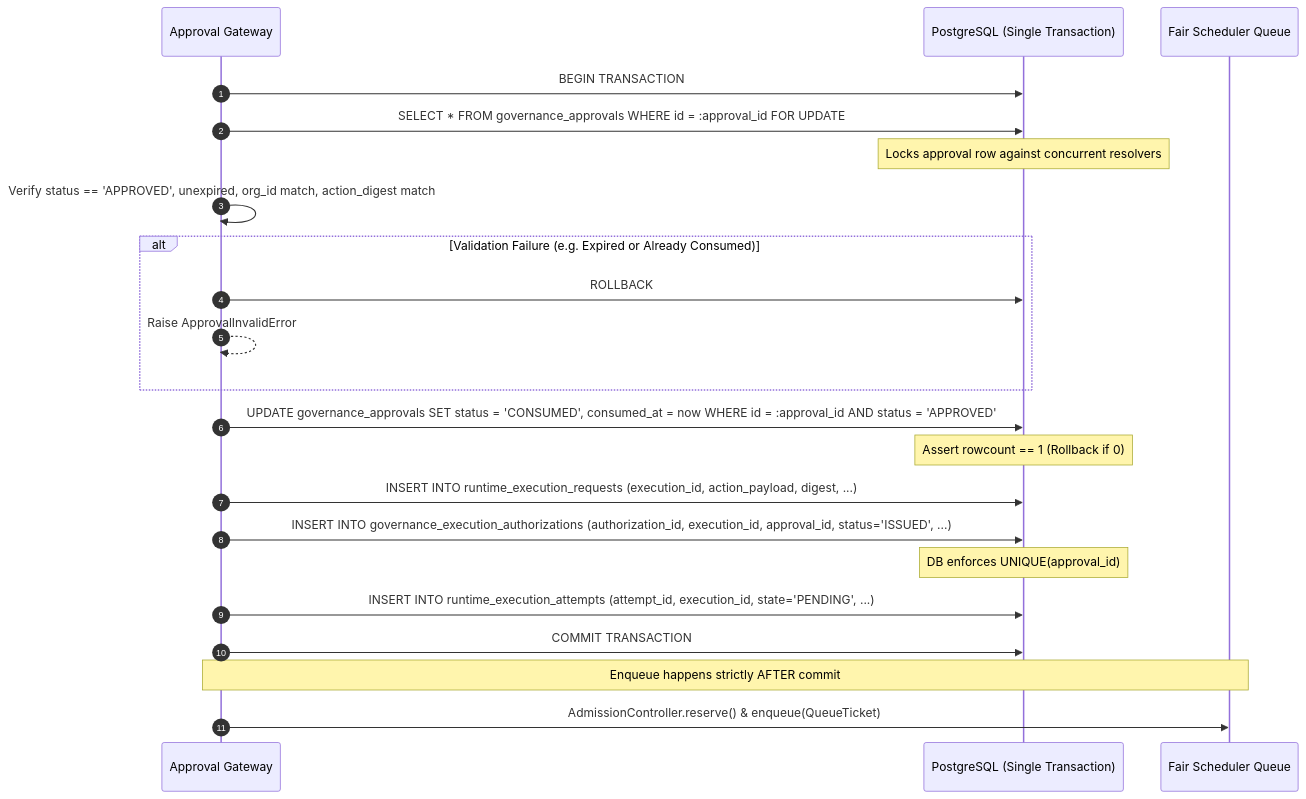
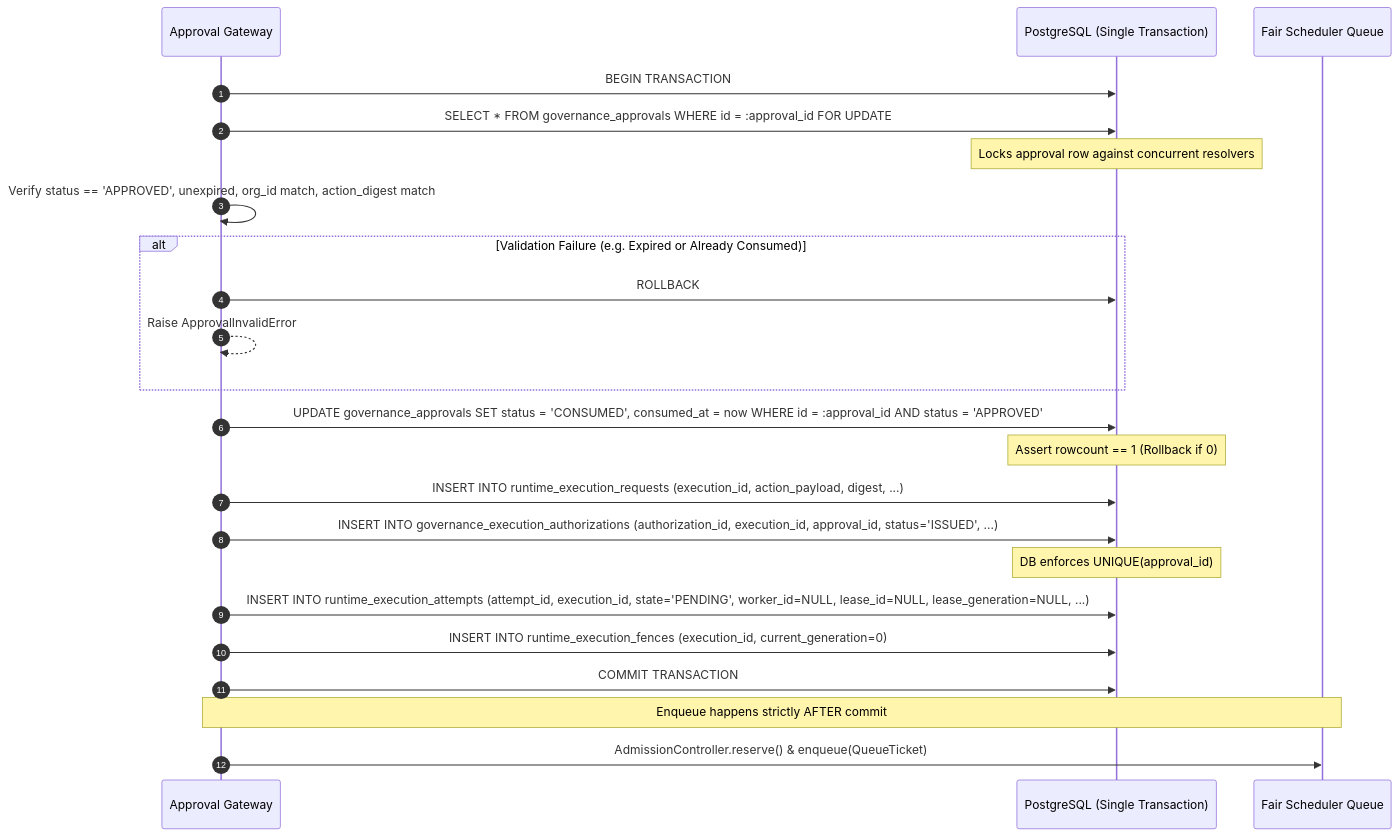
Before and after one commit to Guruprasath-Annadurai/Whitepact: the diagram in docs/phase7a-execution/approval-issuance-atomicity.md, drawn with Mermaid. The commit also changed other lines of this file and 14 other files, not shown here.

````diff
--- a/docs/phase7a-execution/approval-issuance-atomicity.md
+++ b/docs/phase7a-execution/approval-issuance-atomicity.md
@@ -41,30 +41,31 @@
 ```mermaid
 sequenceDiagram
     autonumber
     participant Gateway as Approval Gateway
     participant DB as PostgreSQL (Single Transaction)
     participant Queue as Fair Scheduler Queue
 
     Gateway->>DB: BEGIN TRANSACTION
     Gateway->>DB: SELECT * FROM governance_approvals WHERE id = :approval_id FOR UPDATE
     Note over DB: Locks approval row against concurrent resolvers
 
     Gateway->>Gateway: Verify status == 'APPROVED', unexpired, org_id match, action_digest match
     alt Validation Failure (e.g. Expired or Already Consumed)
         Gateway->>DB: ROLLBACK
         Gateway-->>Gateway: Raise ApprovalInvalidError
     end
 
     Gateway->>DB: UPDATE governance_approvals SET status = 'CONSUMED', consumed_at = now WHERE id = :approval_id AND status = 'APPROVED'
     Note over DB: Assert rowcount == 1 (Rollback if 0)
 
     Gateway->>DB: INSERT INTO runtime_execution_requests (execution_id, action_payload, digest, ...)
     Gateway->>DB: INSERT INTO governance_execution_authorizations (authorization_id, execution_id, approval_id, status='ISSUED', ...)
     Note over DB: DB enforces UNIQUE(approval_id)
 
-    Gateway->>DB: INSERT INTO runtime_execution_attempts (attempt_id, execution_id, state='PENDING', ...)
+    Gateway->>DB: INSERT INTO runtime_execution_attempts (attempt_id, execution_id, state='PENDING', worker_id=NULL, lease_id=NULL, lease_generation=NULL, ...)
+    Gateway->>DB: INSERT INTO runtime_execution_fences (execution_id, current_generation=0)
     Gateway->>DB: COMMIT TRANSACTION
 
     Note over Gateway,Queue: Enqueue happens strictly AFTER commit
     Gateway->>Queue: AdmissionController.reserve() & enqueue(QueueTicket)
 ```
````
